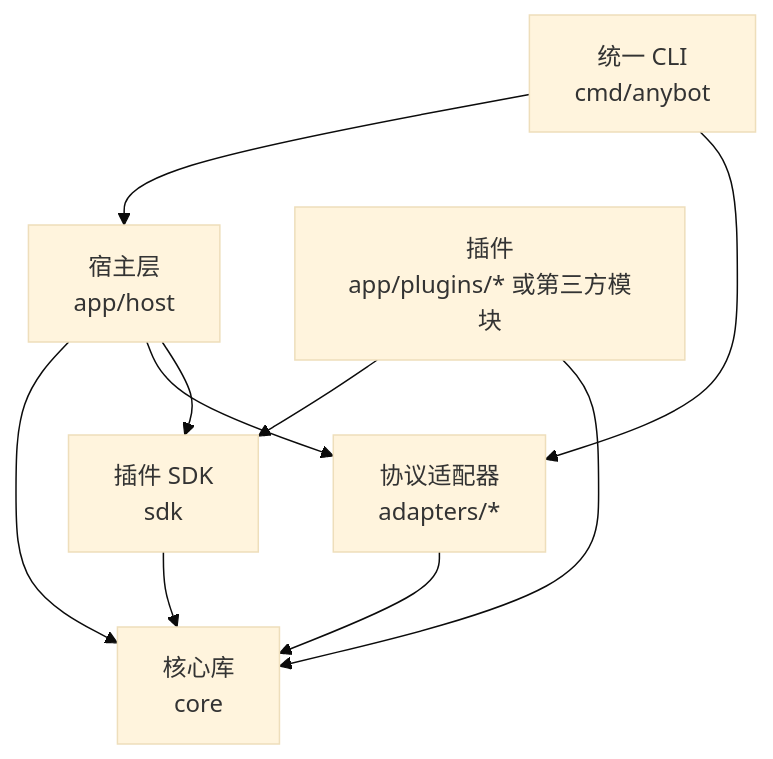
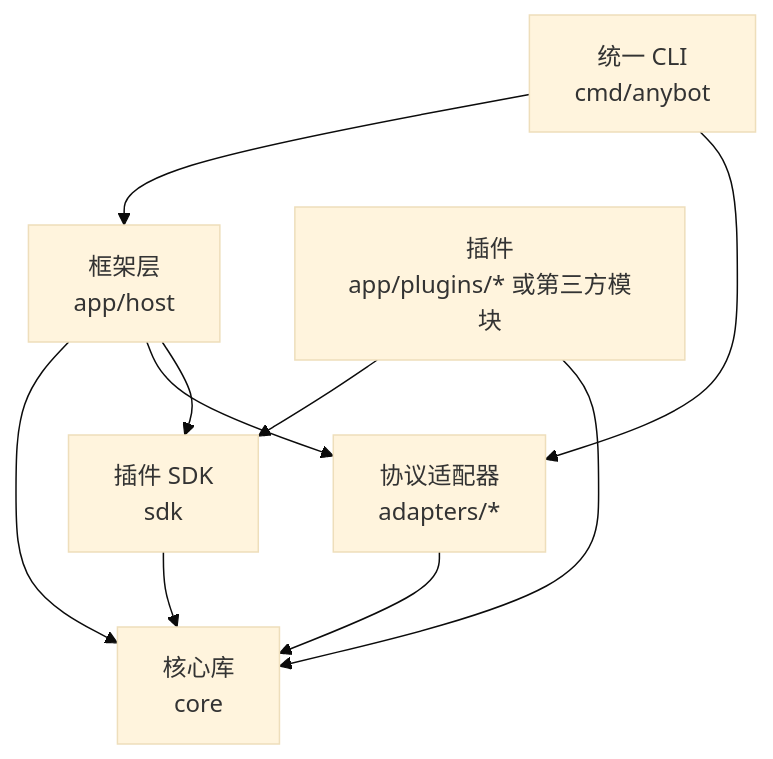
Before and after one commit to tty00a381/anybot: the diagram in docs/architecture.md, drawn with Mermaid (base theme). The commit also changed other lines of this file and 37 other files, not shown here.

````diff
--- a/docs/architecture.md
+++ b/docs/architecture.md
@@ -112,19 +112,19 @@
 ```mermaid
 flowchart TD
   Core["核心库\ncore"]
   Adapters["协议适配器\nadapters/*"]
   PluginSDK["插件 SDK\nsdk"]
-  Host["宿主层\napp/host"]
+  Host["框架层\napp/host"]
   CLI["统一 CLI\ncmd/anybot"]
   Plugins["插件\napp/plugins/* 或第三方模块"]
 
   Adapters --> Core
   PluginSDK --> Core
   Plugins --> PluginSDK
   Plugins --> Core
   Host --> Core
   Host --> Adapters
   Host --> PluginSDK
   CLI --> Host
   CLI --> Adapters
 ```
````
